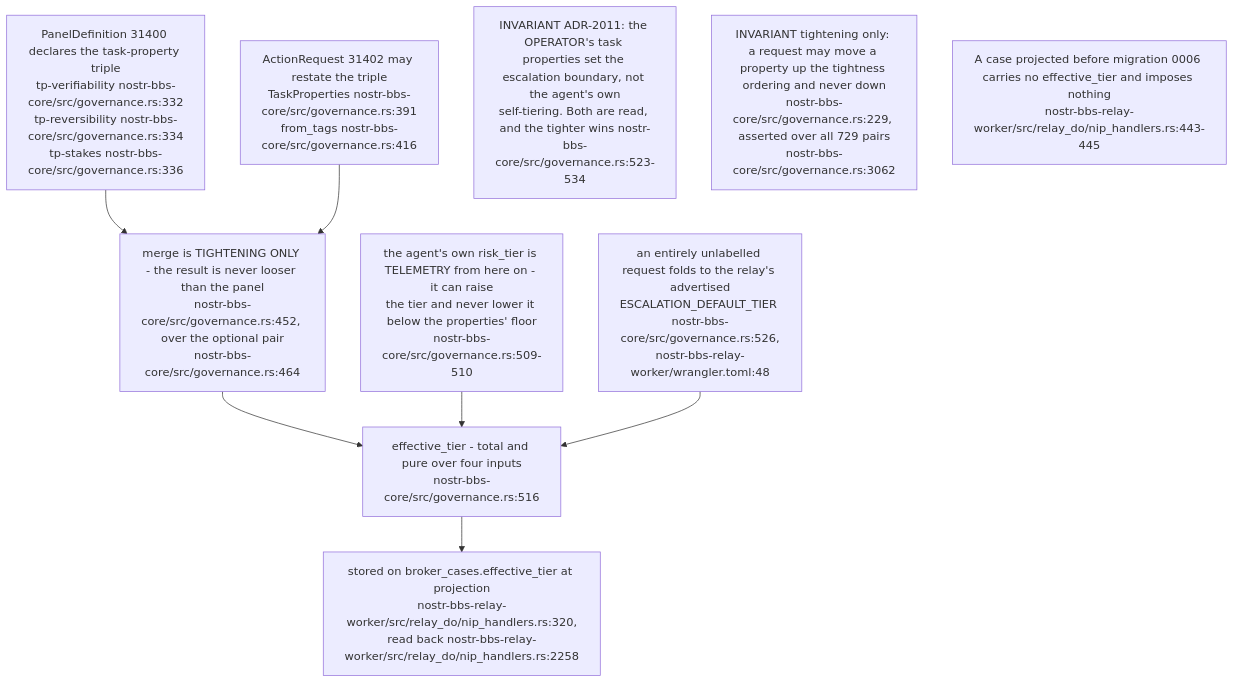
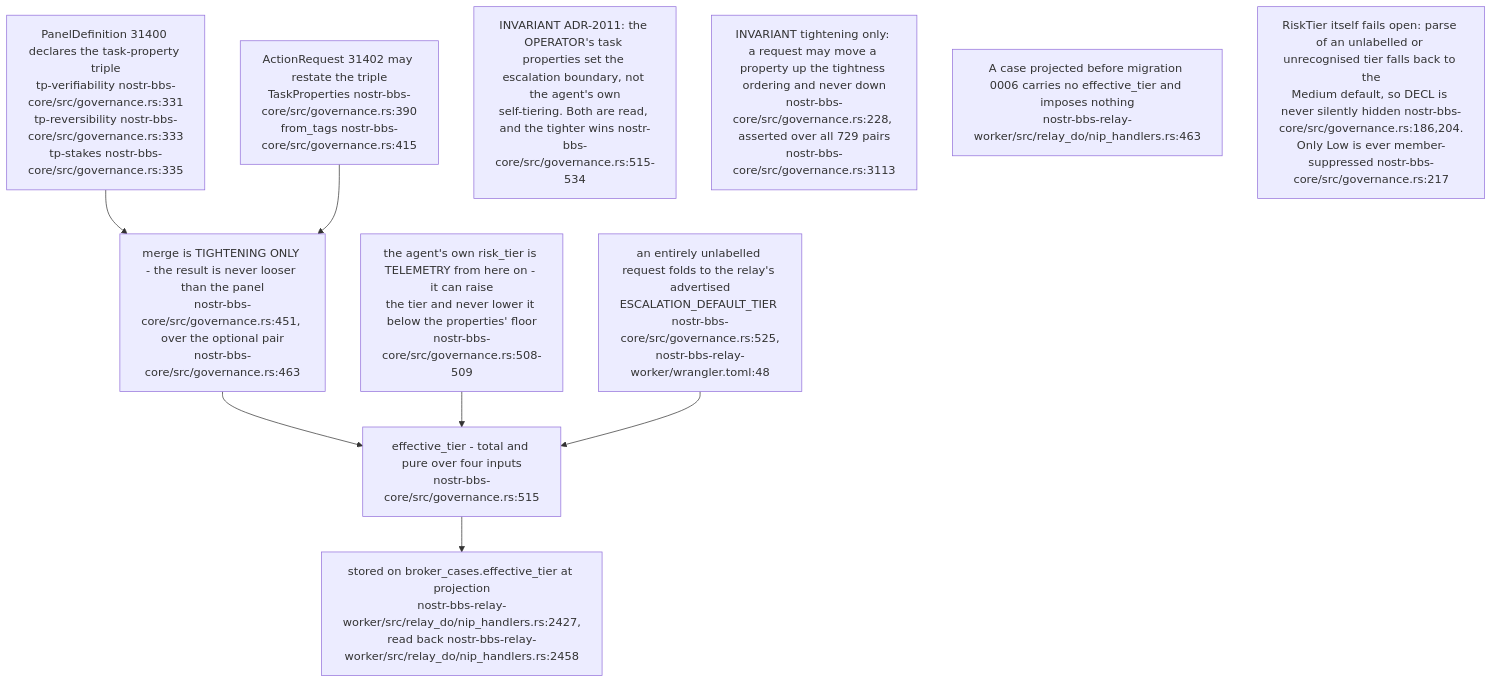
The tenth of 14 diagrams in docs/diagrams/nostr-rust-forum/06-agent-control-surface-31400-31405.md (DreamLab-AI/VisionFlow), drawn with Mermaid before and after one commit. The commit also changed other lines of this file and 136 other files, not shown here.

First line of the commit message:
docs(diagrams): refresh the whole corpus to code HEAD and prune low-value diagrams

````diff
--- a/docs/diagrams/nostr-rust-forum/06-agent-control-surface-31400-31405.md
+++ b/docs/diagrams/nostr-rust-forum/06-agent-control-surface-31400-31405.md
@@ -326,21 +277,22 @@
 ```mermaid
 flowchart TB
-    PANEL["PanelDefinition 31400 declares the task-property triple<br/>tp-verifiability nostr-bbs-core/src/governance.rs:332<br/>tp-reversibility nostr-bbs-core/src/governance.rs:334<br/>tp-stakes nostr-bbs-core/src/governance.rs:336"]
-    REQUEST["ActionRequest 31402 may restate the triple<br/>TaskProperties nostr-bbs-core/src/governance.rs:391<br/>from_tags nostr-bbs-core/src/governance.rs:416"]
-    MERGE["merge is TIGHTENING ONLY - the result is never looser than the panel<br/>nostr-bbs-core/src/governance.rs:452, over the optional pair<br/>nostr-bbs-core/src/governance.rs:464"]
-    TIER["effective_tier - total and pure over four inputs<br/>nostr-bbs-core/src/governance.rs:516"]
-    DECL["the agent's own risk_tier is TELEMETRY from here on - it can raise<br/>the tier and never lower it below the properties' floor<br/>nostr-bbs-core/src/governance.rs:509-510"]
-    DEF["an entirely unlabelled request folds to the relay's advertised<br/>ESCALATION_DEFAULT_TIER nostr-bbs-core/src/governance.rs:526,<br/>nostr-bbs-relay-worker/wrangler.toml:48"]
-    STORE["stored on broker_cases.effective_tier at projection<br/>nostr-bbs-relay-worker/src/relay_do/nip_handlers.rs:320,<br/>read back nostr-bbs-relay-worker/src/relay_do/nip_handlers.rs:2258"]
+    PANEL["PanelDefinition 31400 declares the task-property triple<br/>tp-verifiability nostr-bbs-core/src/governance.rs:331<br/>tp-reversibility nostr-bbs-core/src/governance.rs:333<br/>tp-stakes nostr-bbs-core/src/governance.rs:335"]
+    REQUEST["ActionRequest 31402 may restate the triple<br/>TaskProperties nostr-bbs-core/src/governance.rs:390<br/>from_tags nostr-bbs-core/src/governance.rs:415"]
+    MERGE["merge is TIGHTENING ONLY - the result is never looser than the panel<br/>nostr-bbs-core/src/governance.rs:451, over the optional pair<br/>nostr-bbs-core/src/governance.rs:463"]
+    TIER["effective_tier - total and pure over four inputs<br/>nostr-bbs-core/src/governance.rs:515"]
+    DECL["the agent's own risk_tier is TELEMETRY from here on - it can raise<br/>the tier and never lower it below the properties' floor<br/>nostr-bbs-core/src/governance.rs:508-509"]
+    DEF["an entirely unlabelled request folds to the relay's advertised<br/>ESCALATION_DEFAULT_TIER nostr-bbs-core/src/governance.rs:525,<br/>nostr-bbs-relay-worker/wrangler.toml:48"]
+    STORE["stored on broker_cases.effective_tier at projection<br/>nostr-bbs-relay-worker/src/relay_do/nip_handlers.rs:2427,<br/>read back nostr-bbs-relay-worker/src/relay_do/nip_handlers.rs:2458"]
 
     PANEL --> MERGE
     REQUEST --> MERGE
     MERGE --> TIER
     DECL --> TIER
     DEF --> TIER
     TIER --> STORE
 
-    N1["INVARIANT ADR-2011: the OPERATOR's task properties set the escalation boundary, not the agent's own<br/>self-tiering. Both are read, and the tighter wins nostr-bbs-core/src/governance.rs:523-534"]
-    N2["INVARIANT tightening only: a request may move a property up the tightness ordering and never down<br/>nostr-bbs-core/src/governance.rs:229, asserted over all 729 pairs<br/>nostr-bbs-core/src/governance.rs:3062"]
-    N3["A case projected before migration 0006 carries no effective_tier and imposes nothing<br/>nostr-bbs-relay-worker/src/relay_do/nip_handlers.rs:443-445"]
+    N1["INVARIANT ADR-2011: the OPERATOR's task properties set the escalation boundary, not the agent's own<br/>self-tiering. Both are read, and the tighter wins nostr-bbs-core/src/governance.rs:515-534"]
+    N2["INVARIANT tightening only: a request may move a property up the tightness ordering and never down<br/>nostr-bbs-core/src/governance.rs:228, asserted over all 729 pairs<br/>nostr-bbs-core/src/governance.rs:3113"]
+    N3["A case projected before migration 0006 carries no effective_tier and imposes nothing<br/>nostr-bbs-relay-worker/src/relay_do/nip_handlers.rs:463"]
+    N4["RiskTier itself fails open: parse of an unlabelled or unrecognised tier falls back to the<br/>Medium default, so DECL is never silently hidden nostr-bbs-core/src/governance.rs:186,204.<br/>Only Low is ever member-suppressed nostr-bbs-core/src/governance.rs:217"]
 ```
````
